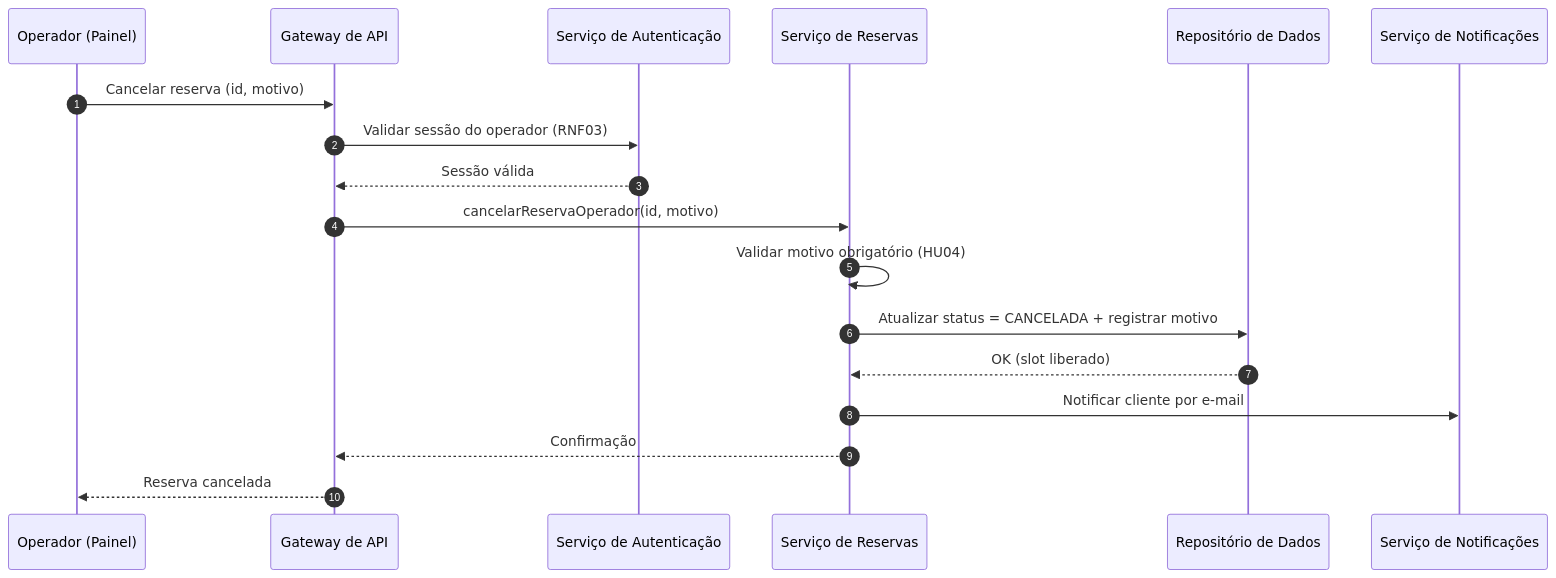
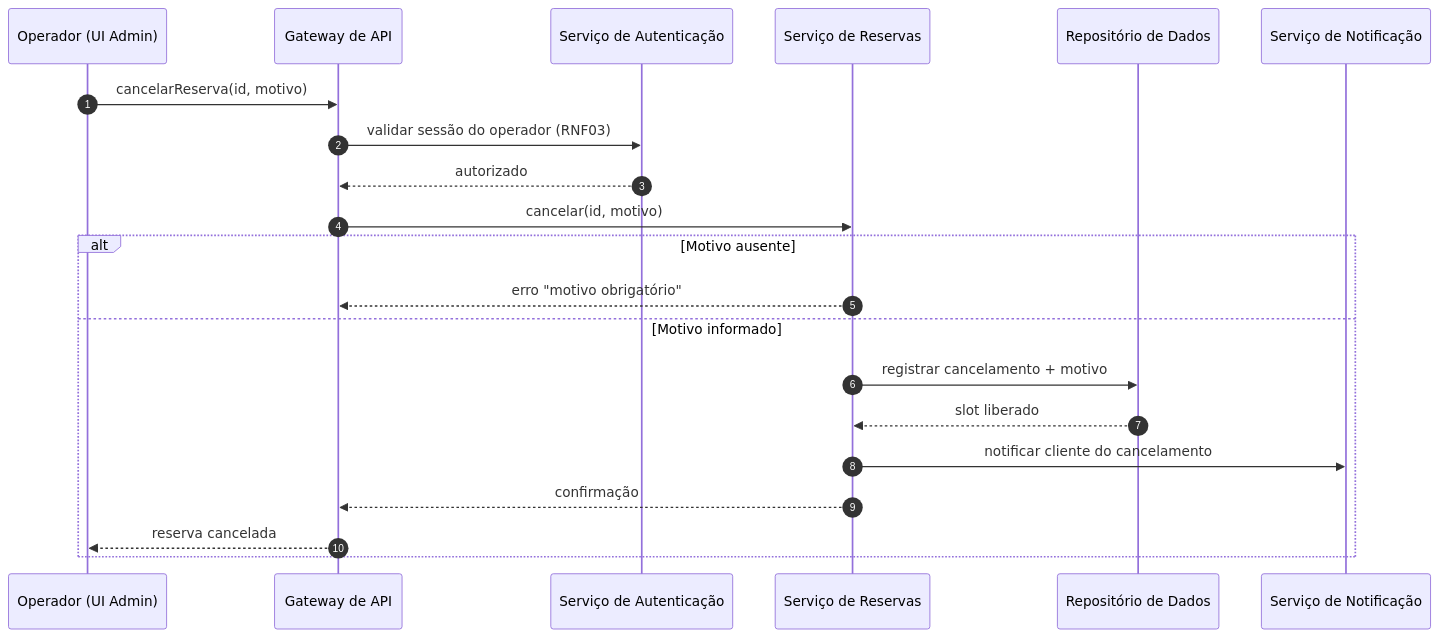
One commit to PDC-ESIA/AI4ES changed the third of 4 diagrams in docs/Time_2_Design/analise-qualitativa/outputs/relatorio_claude_fable_5_P05.md. Above: the diagram before and after it, drawn with Mermaid. The commit also changed other lines of this file and 93 other files, not shown here.

````diff
--- a/docs/Time_2_Design/analise-qualitativa/outputs/relatorio_claude_fable_5_P05.md
+++ b/docs/Time_2_Design/analise-qualitativa/outputs/relatorio_claude_fable_5_P05.md
@@ -106,21 +109,24 @@
 ```mermaid
 sequenceDiagram
     autonumber
-    participant O as Operador (Painel)
+    participant O as Operador (UI Admin)
     participant GW as Gateway de API
     participant A as Serviço de Autenticação
     participant R as Serviço de Reservas
     participant DB as Repositório de Dados
-    participant N as Serviço de Notificações
+    participant N as Serviço de Notificação
 
-    O->>GW: Cancelar reserva (id, motivo)
-    GW->>A: Validar sessão do operador (RNF03)
-    A-->>GW: Sessão válida
-    GW->>R: cancelarReservaOperador(id, motivo)
-    R->>R: Validar motivo obrigatório (HU04)
-    R->>DB: Atualizar status = CANCELADA + registrar motivo
-    DB-->>R: OK (slot liberado)
-    R->>N: Notificar cliente por e-mail
-    R-->>GW: Confirmação
-    GW-->>O: Reserva cancelada
+    O->>GW: cancelarReserva(id, motivo)
+    GW->>A: validar sessão do operador (RNF03)
+    A-->>GW: autorizado
+    GW->>R: cancelar(id, motivo)
+    alt Motivo ausente
+        R-->>GW: erro "motivo obrigatório"
+    else Motivo informado
+        R->>DB: registrar cancelamento + motivo
+        DB-->>R: slot liberado
+        R->>N: notificar cliente do cancelamento
+        R-->>GW: confirmação
+        GW-->>O: reserva cancelada
+    end
 ```
````
